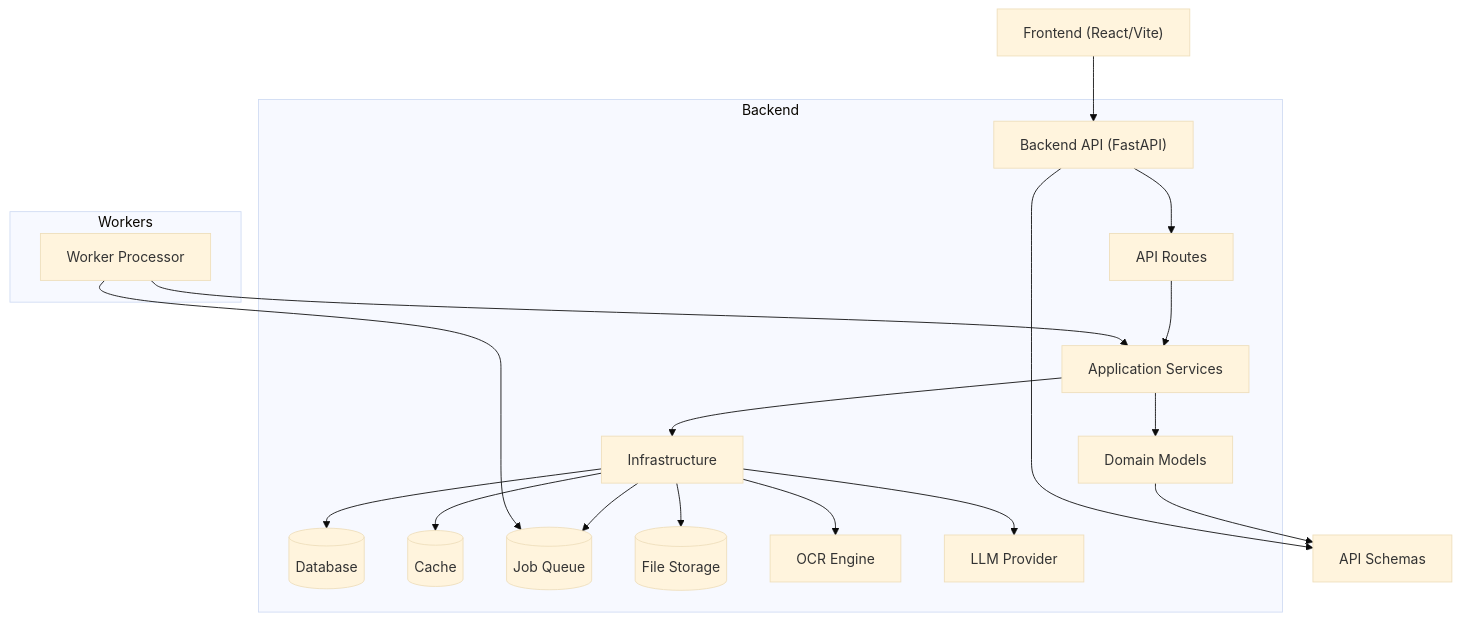
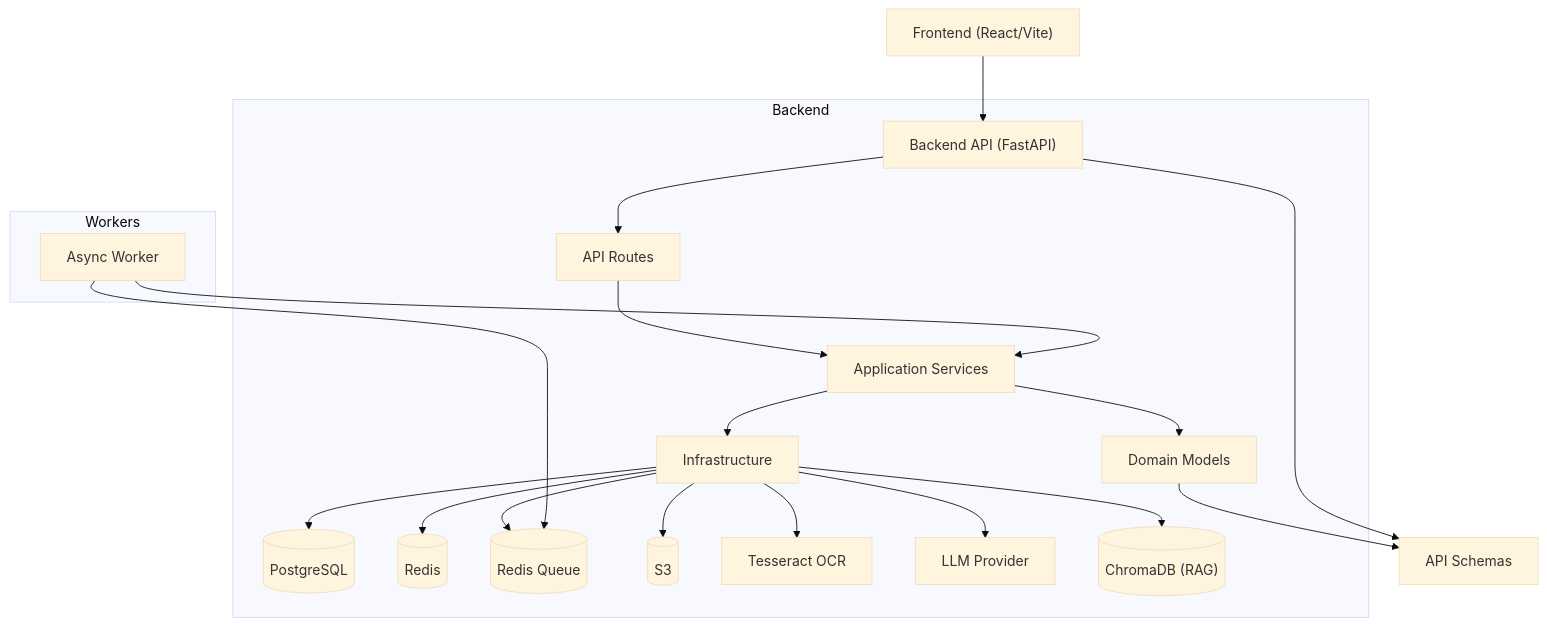
One commit to PrajwalAmte/Lumen-Medical-Report-Simplifier changed the diagram in README.md. Above: the diagram before and after it, drawn with Mermaid (base theme). The commit also changed other lines of this file and 60 other files, not shown here.

Commit message:
feat: provider abstraction, RxNorm catalog, ChromaDB RAG, prescription bug fixes, clean codebase

````diff
--- a/README.md
+++ b/README.md
@@ -7,26 +7,27 @@
 ```mermaid
 flowchart TB
-        UI["Frontend (React/Vite)"] --> API["Backend API (FastAPI)"]
+    UI["Frontend (React/Vite)"] --> API["Backend API (FastAPI)"]
 
     subgraph Backend
         API --> Routes["API Routes"]
         Routes --> Services["Application Services"]
         Services --> Domain["Domain Models"]
         Services --> Infra["Infrastructure"]
 
-        Infra --> DB[("Database")]
-        Infra --> Cache[("Cache")]
-        Infra --> Queue[("Job Queue")]
-        Infra --> Storage[("File Storage")]
-        Infra --> OCR["OCR Engine"]
+        Infra --> DB[("PostgreSQL")]
+        Infra --> Cache[("Redis")]
+        Infra --> Queue[("Redis Queue")]
+        Infra --> Storage[("S3")]
+        Infra --> OCR["Tesseract OCR"]
         Infra --> LLM["LLM Provider"]
+        Infra --> VDB[("ChromaDB (RAG)")]
     end
 
     subgraph Workers
-        Worker["Worker Processor"] --> Queue
+        Worker["Async Worker"] --> Queue
         Worker --> Services
     end
 
     Domain --> Schemas["API Schemas"]
     API --> Schemas
 ```
````
